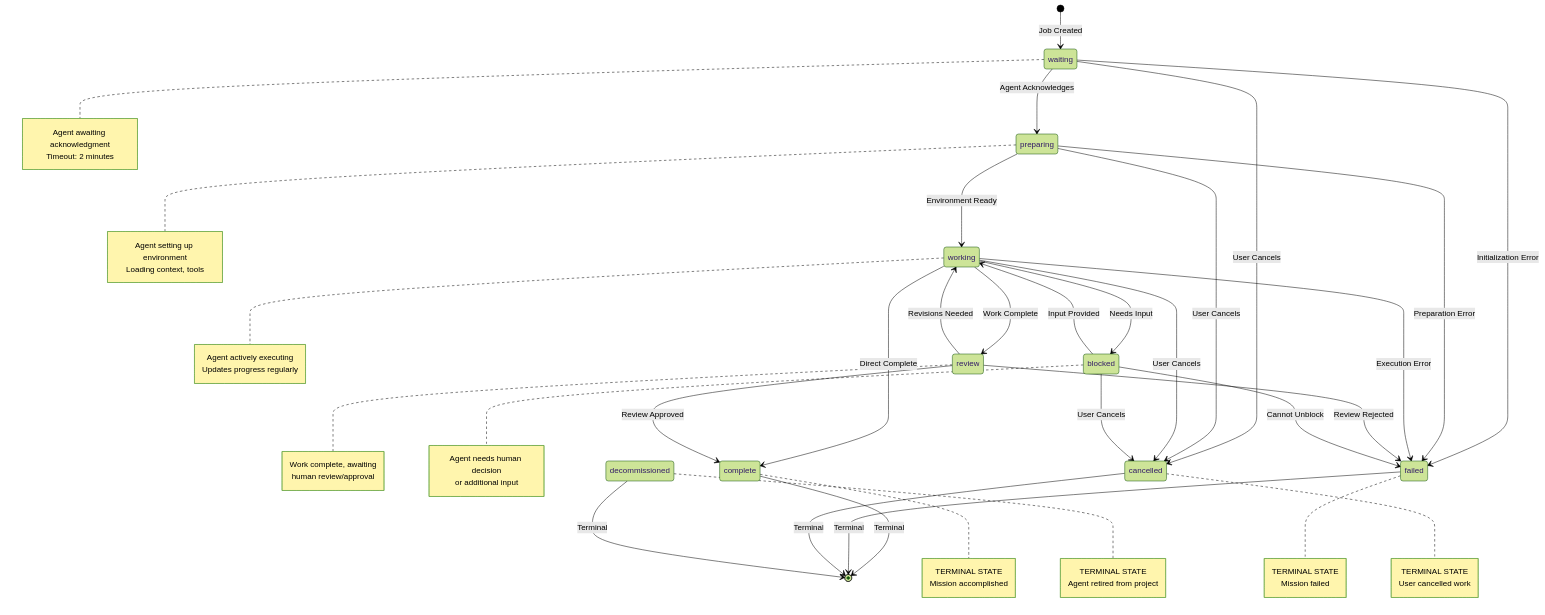
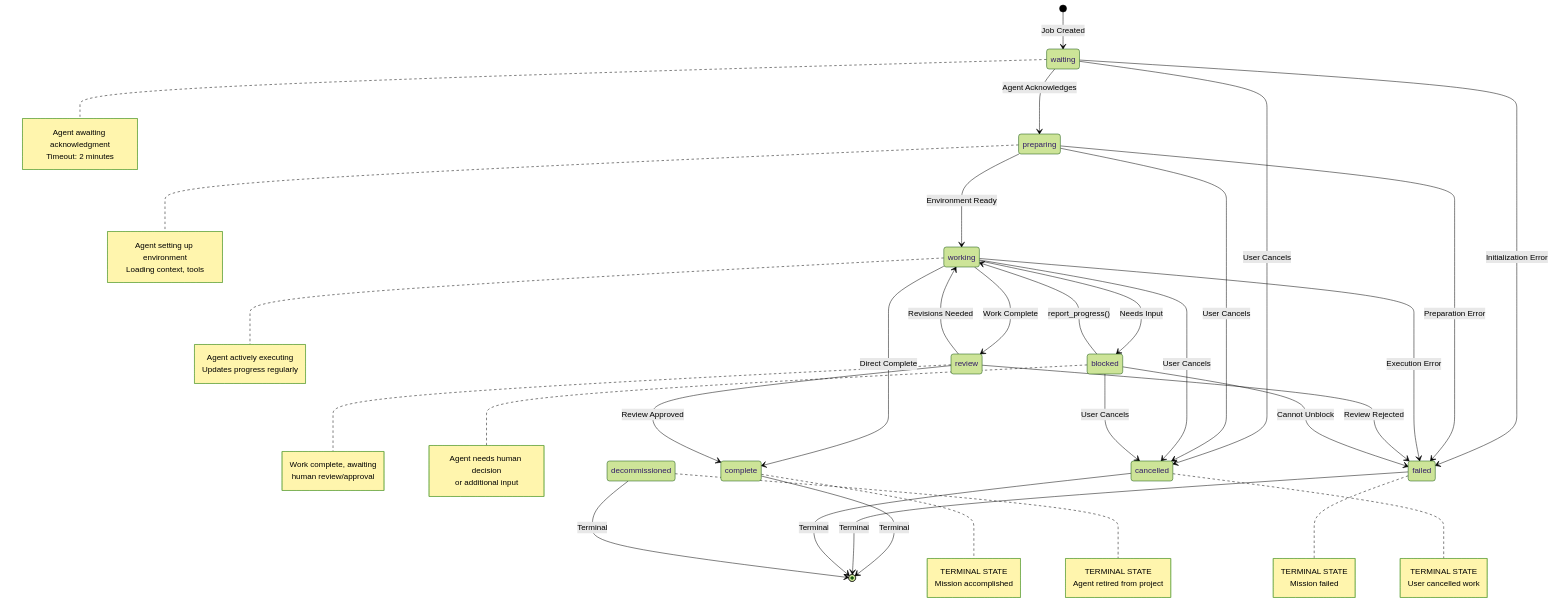
Before and after one commit to giljoai/GiljoAI_MCP: the first of 3 diagrams in docs/architecture/state-transition-diagram.md, drawn with Mermaid (forest theme). The commit also changed 3 other files, not shown here.

First line of the commit message:
feat: Add blocked->working auto-recovery in report_progress()

````diff
--- a/docs/architecture/state-transition-diagram.md
+++ b/docs/architecture/state-transition-diagram.md
@@ -5,76 +5,76 @@
 ```mermaid
 stateDiagram-v2
     [*] --> waiting: Job Created
 
     waiting --> preparing: Agent Acknowledges
     waiting --> failed: Initialization Error
     waiting --> cancelled: User Cancels
     
     preparing --> working: Environment Ready
     preparing --> failed: Preparation Error
     preparing --> cancelled: User Cancels
     
     working --> review: Work Complete
     working --> complete: Direct Complete
     working --> failed: Execution Error
     working --> blocked: Needs Input
     working --> cancelled: User Cancels
     
     review --> complete: Review Approved
     review --> working: Revisions Needed
     review --> failed: Review Rejected
     
-    blocked --> working: Input Provided
+    blocked --> working: report_progress()
     blocked --> cancelled: User Cancels
     blocked --> failed: Cannot Unblock
     
     complete --> [*]: Terminal
     failed --> [*]: Terminal
     cancelled --> [*]: Terminal
     decommissioned --> [*]: Terminal
 
     note right of waiting
         Agent awaiting acknowledgment
         Timeout: 2 minutes
     end note
 
     note right of preparing
         Agent setting up environment
         Loading context, tools
     end note
 
     note right of working
         Agent actively executing
         Updates progress regularly
     end note
 
     note right of review
         Work complete, awaiting
         human review/approval
     end note
 
     note right of blocked
         Agent needs human decision
         or additional input
     end note
 
     note right of complete
         TERMINAL STATE
         Mission accomplished
     end note
 
     note right of failed
         TERMINAL STATE
         Mission failed
     end note
 
     note right of cancelled
         TERMINAL STATE
         User cancelled work
     end note
 
     note right of decommissioned
         TERMINAL STATE
         Agent retired from project
     end note
 ```
````
